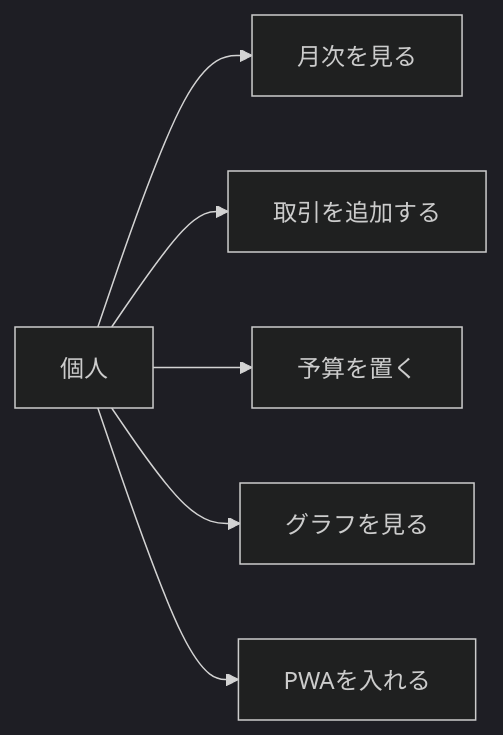
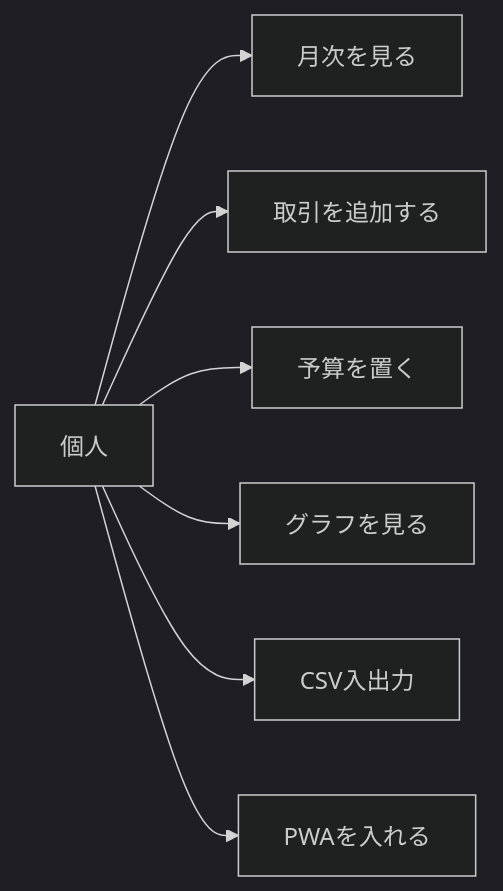
One commit to maeplego/portfolio-plan changed the first of 6 diagrams in portfolio-plan/personal-finance/docs/06-diagrams.md. Above: the diagram before and after it, drawn with Mermaid (dark theme). The commit also changed other lines of this file and 111 other files, not shown here.

````diff
--- a/portfolio-plan/personal-finance/docs/06-diagrams.md
+++ b/portfolio-plan/personal-finance/docs/06-diagrams.md
@@ -13,9 +12,10 @@
 ```mermaid
 flowchart LR
   User[個人]
   User --> UC1[月次を見る]
   User --> UC2[取引を追加する]
   User --> UC3[予算を置く]
   User --> UC4[グラフを見る]
-  User --> UC5[PWAを入れる]
+  User --> UC5[CSV入出力]
+  User --> UC6[PWAを入れる]
 ```
````
